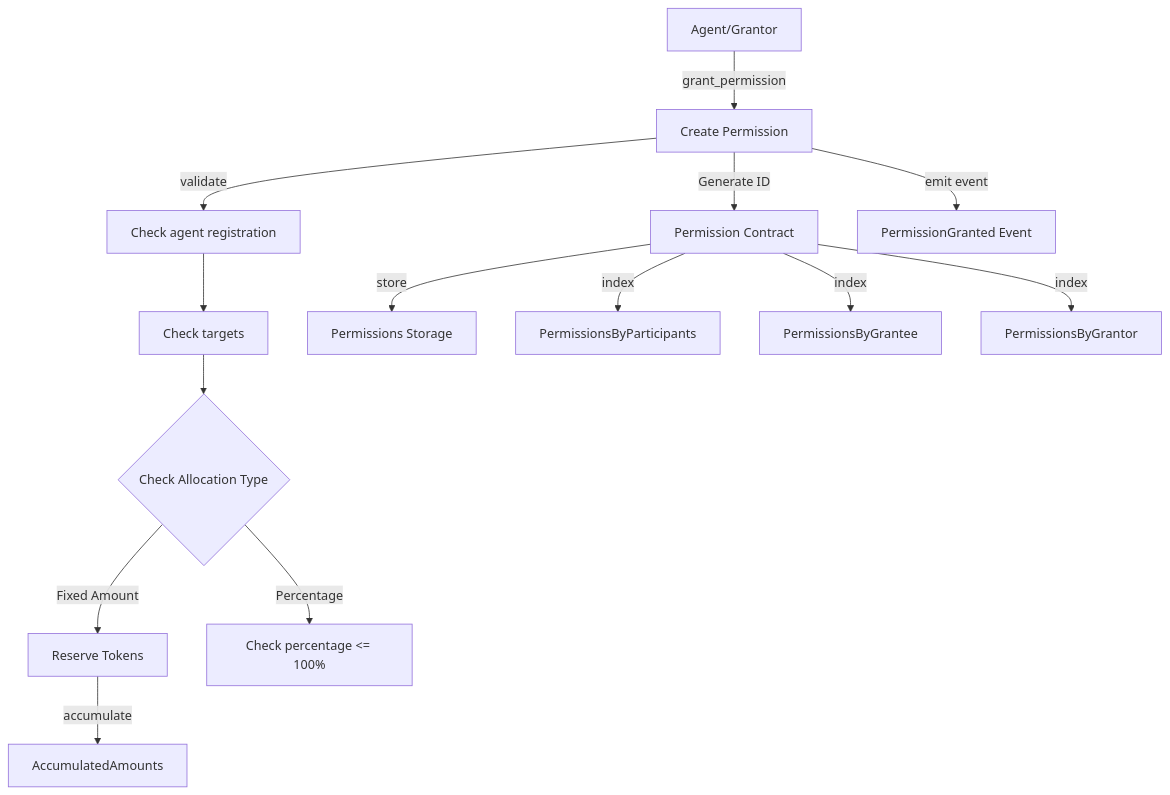
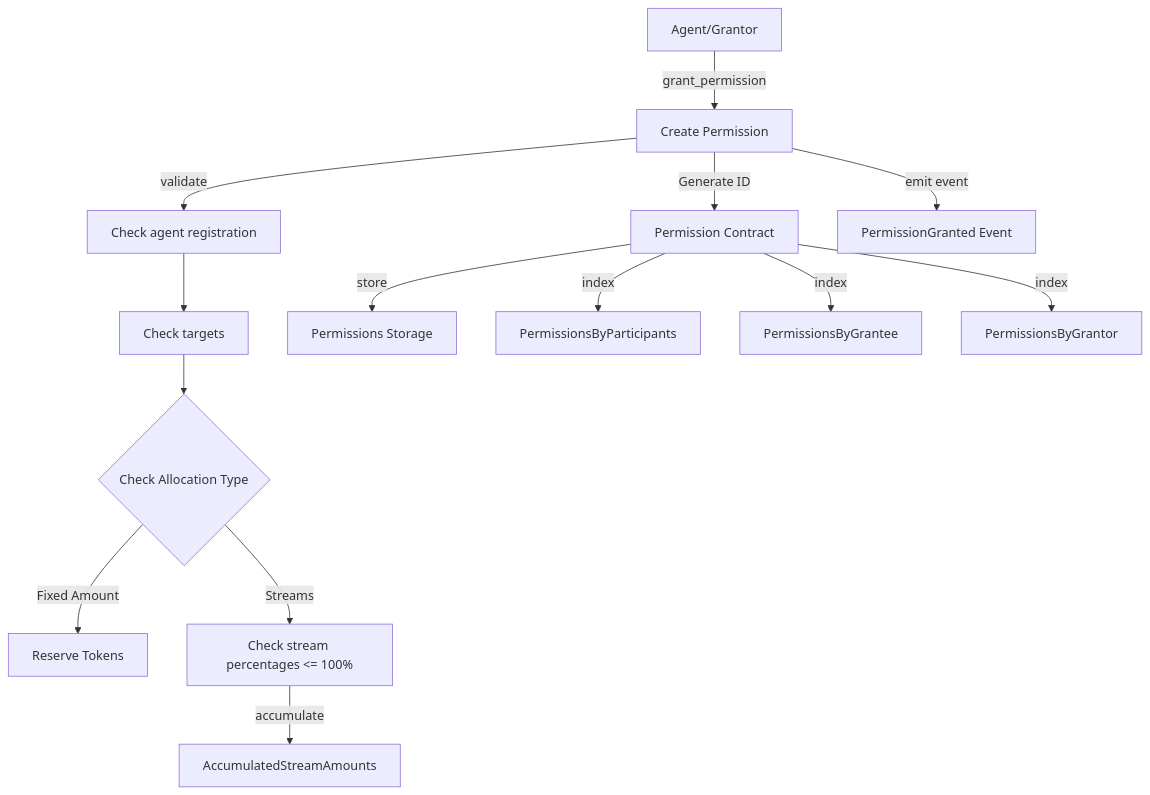
One commit to renlabs-dev/torus-substrate changed the first of 2 diagrams in docs/permission0.md. Above: the diagram before and after it, drawn with Mermaid. The commit also changed other lines of this file and 7 other files, not shown here.

````diff
--- a/docs/permission0.md
+++ b/docs/permission0.md
@@ -107,14 +107,14 @@
 ```mermaid
 flowchart TD
     A["Agent/Grantor"] -- grant_permission --> B["Create Permission"]
     B -- validate --> C["Check agent registration"] --> E["Check targets"] --> P{"Check Allocation Type"}
     P -- Fixed Amount --> K["Reserve Tokens"]
-    P -- Percentage --> D["Check percentage <= 100%"]
+    P -- Streams --> D["Check stream percentages <= 100%"]
     B -- Generate ID --> F["Permission Contract"]
     F -- store --> G["Permissions Storage"]
     F -- index --> J["PermissionsByParticipants"]
     F -- index --> I["PermissionsByGrantee"]
     F -- index --> H["PermissionsByGrantor"]
     B -- emit event --> M["PermissionGranted Event"]
-    K -- accumulate --> L["AccumulatedAmounts"]
+    D -- accumulate --> L["AccumulatedStreamAmounts"]
 ```
````
